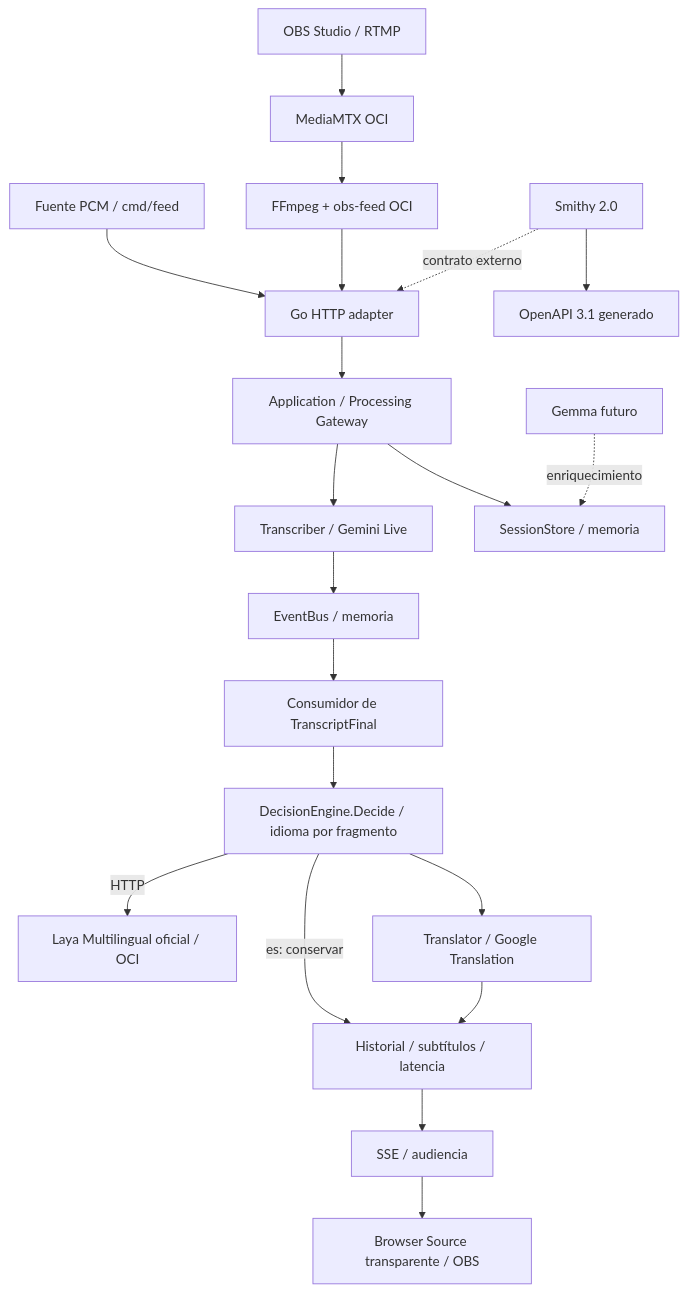
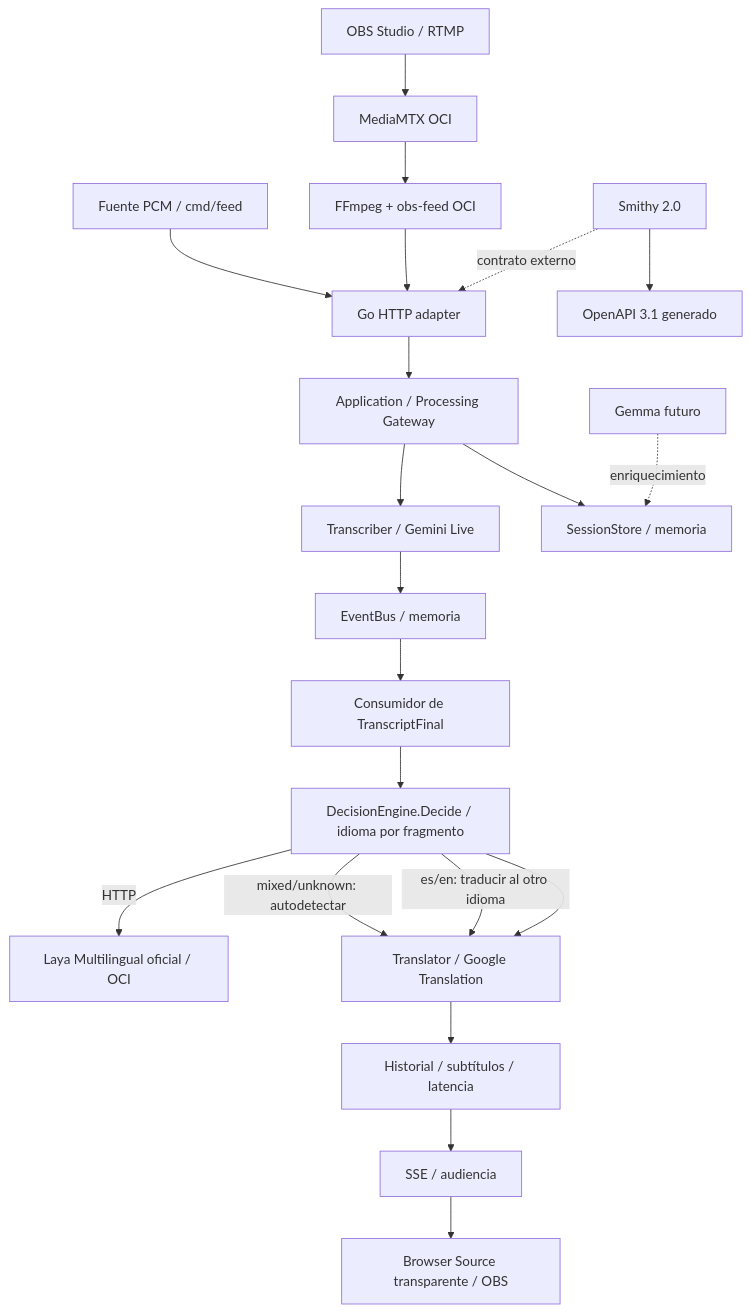
The first of 2 diagrams in docs/architecture/overview.md (munhof/sintonizados), drawn with Mermaid before and after one commit. The commit also changed 18 other files, not shown here.

````diff
--- a/docs/architecture/overview.md
+++ b/docs/architecture/overview.md
@@ -3,22 +3,23 @@
 ```mermaid
 flowchart TB
   Feed[Fuente PCM / cmd/feed] --> HTTP[Go HTTP adapter]
   OBS[OBS Studio / RTMP] --> MTX[MediaMTX OCI]
   MTX --> FF[FFmpeg + obs-feed OCI]
   FF --> HTTP
   HTTP --> App[Application / Processing Gateway]
   App --> Store[SessionStore / memoria]
   App --> T[Transcriber / Gemini Live]
   T --> Bus[EventBus / memoria]
   Bus --> Worker[Consumidor de TranscriptFinal]
   Worker --> Pre[DecisionEngine.Decide / idioma por fragmento]
   Pre --> Translator[Translator / Google Translation]
   Translator --> History[Historial / subtítulos / latencia]
-  Pre -->|es: conservar| History
+  Pre -->|es/en: traducir al otro idioma| Translator
+  Pre -->|mixed/unknown: autodetectar| Translator
   History --> SSE[SSE / audiencia]
   SSE --> Overlay[Browser Source transparente / OBS]
   Model[Smithy 2.0] --> OpenAPI[OpenAPI 3.1 generado]
   Model -. contrato externo .-> HTTP
   Gemma[Gemma futuro] -. enriquecimiento .-> Store
   Pre -->|HTTP| Laya[Laya Multilingual oficial / OCI]
 ```
````
